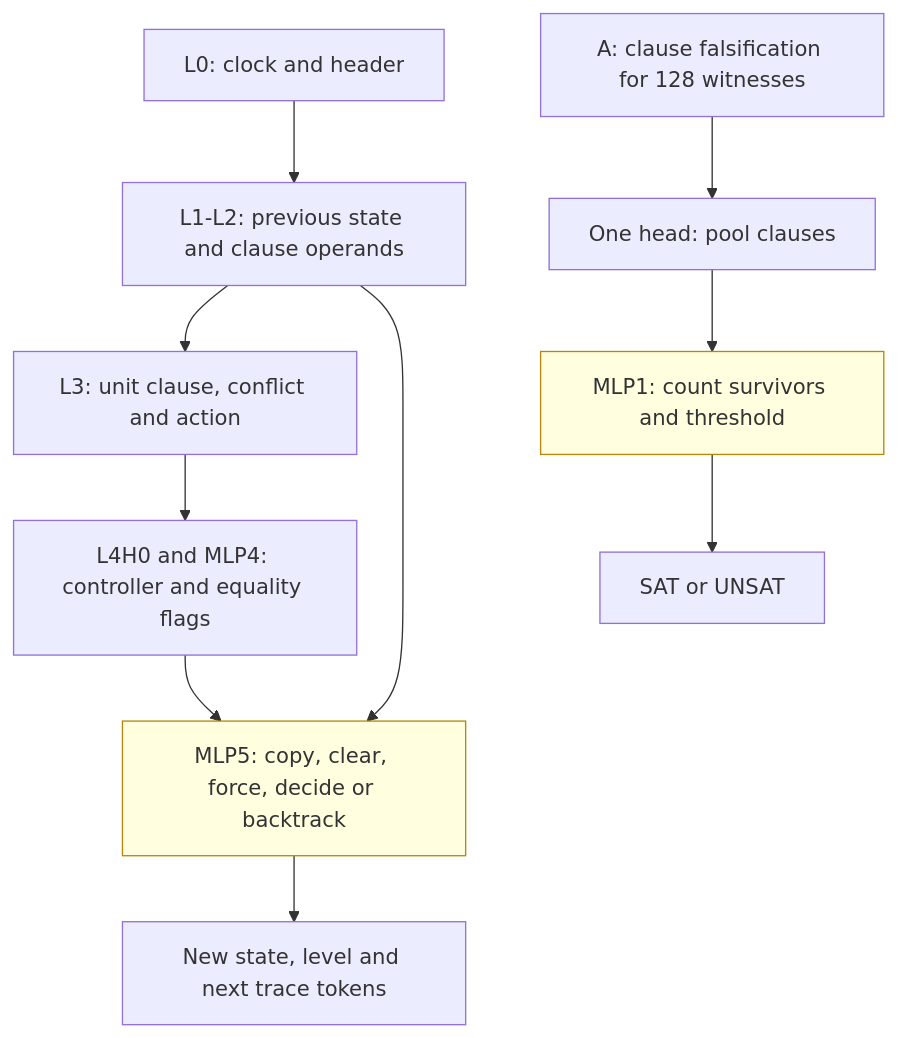
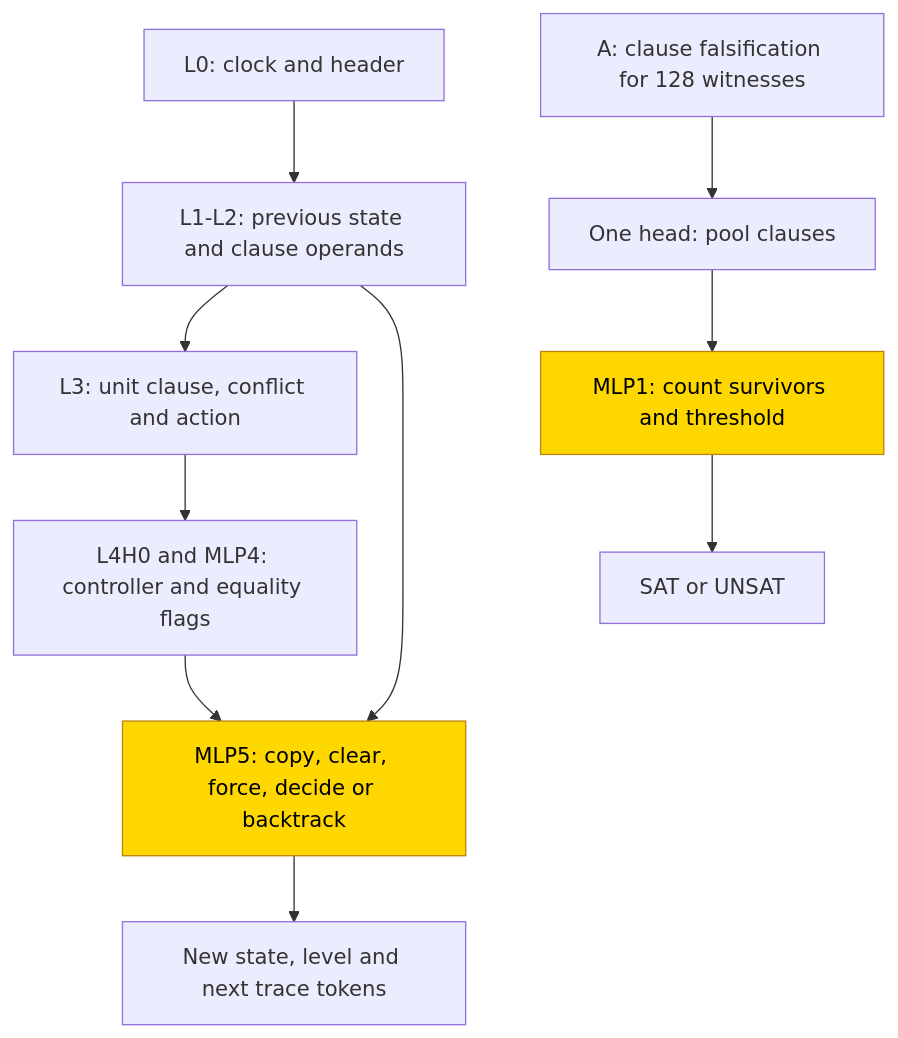
One commit to jc1122/mechanistic-interpretability-circuit-atlas changed the first of 2 diagrams in entries/dpll-search.md. Above: the diagram before and after it, drawn with Mermaid. The commit also changed other lines of this file and 40 other files, not shown here.

First line of the commit message:
Cold-reader pass on all 41 entries: reading routes, first-screen scopes, accessible diagrams, verified headline sources (ux_reader1/2)

````diff
--- a/entries/dpll-search.md
+++ b/entries/dpll-search.md
@@ -66,14 +68,16 @@
 ```mermaid
 flowchart TD
+    accTitle: Hand-built search controller and answer-only witness route
+    accDescr: Clock and previous-state retrieval feed clause selection, a conflict controller and the local state update. A separate answer-only route pools clause tests over fixed witnesses and thresholds survivors. Only the marked update or threshold MLP is trained in the respective PART format; search and witness computation remain frozen.
   A["L0: clock and header"] --> B["L1-L2: previous state and clause operands"]
   B --> C["L3: unit clause, conflict and action"]
   C --> D["L4H0 and MLP4: controller and equality flags"]
   B --> E["MLP5: copy, clear, force, decide or backtrack"]
   D --> E
   E --> F["New state, level and next trace tokens"]
   G["A: clause falsification for 128 witnesses"] --> H["One head: pool clauses"]
   H --> I["MLP1: count survivors and threshold"]
   I --> J["SAT or UNSAT"]
-  classDef trained fill:lightyellow,stroke:darkgoldenrod
+  classDef trained fill:gold,stroke:darkgoldenrod,color:black
   class E,I trained
 ```
````
